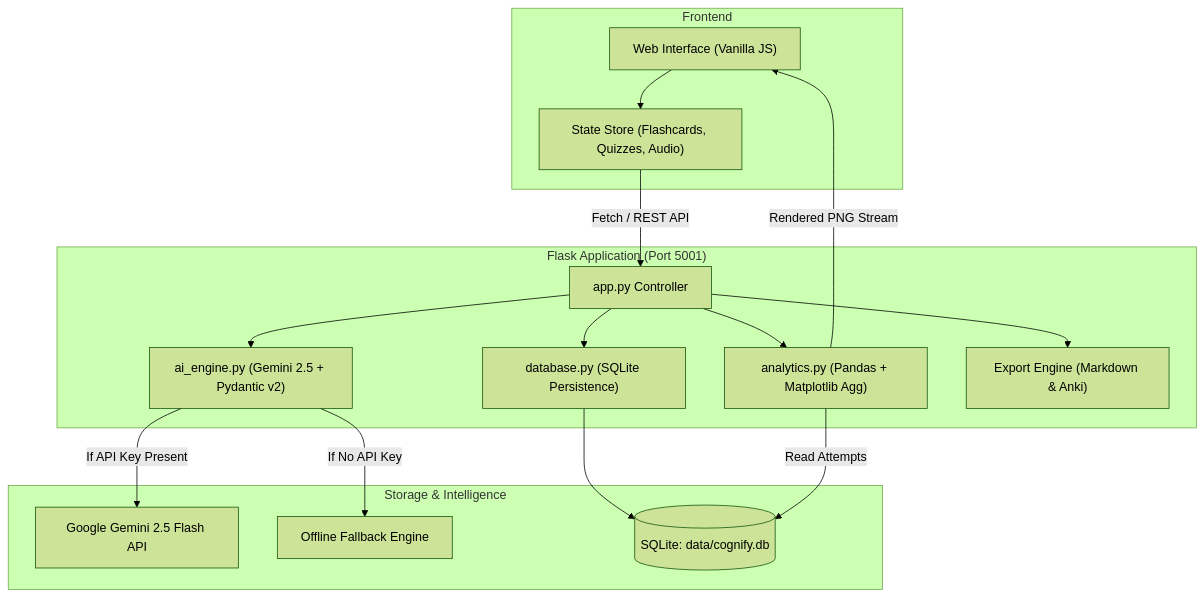
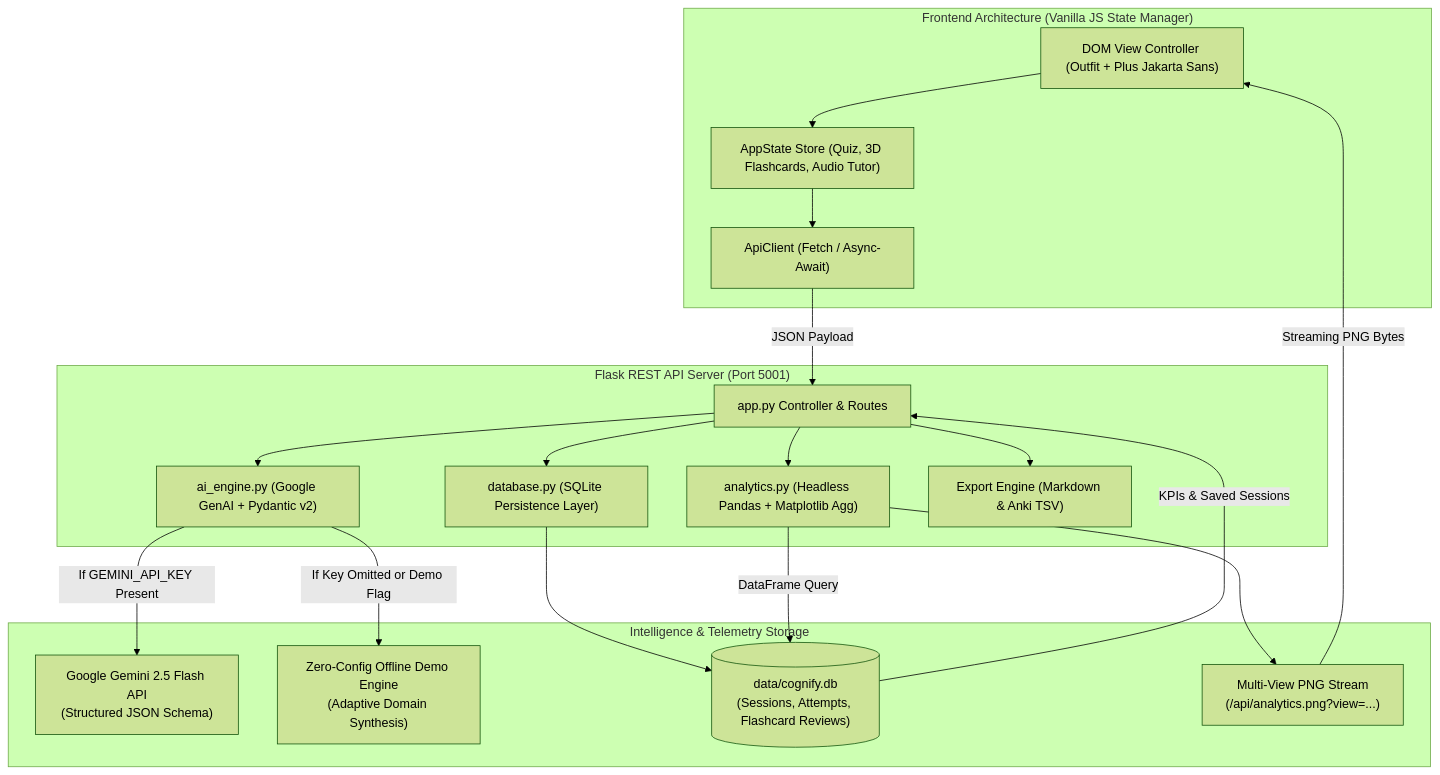
One commit to lalitg13/cognify changed the diagram in README.md. Above: the diagram before and after it, drawn with Mermaid (forest theme). The commit also changed other lines of this file, not shown here.

Commit message:
docs: restore classic structured README format with refined details

````diff
--- a/README.md
+++ b/README.md
@@ -34,35 +29,40 @@
 ```mermaid
 flowchart TD
-    subgraph Client["Frontend"]
-        UI["Web Interface (Vanilla JS)"]
-        State["State Store (Flashcards, Quizzes, Audio)"]
+    subgraph Client["Frontend Architecture (Vanilla JS State Manager)"]
+        UI["DOM View Controller (Outfit + Plus Jakarta Sans)"]
+        State["AppState Store (Quiz, 3D Flashcards, Audio Tutor)"]
+        ClientAPI["ApiClient (Fetch / Async-Await)"]
         UI --> State
+        State --> ClientAPI
     end
 
-    subgraph Server["Flask Application (Port 5001)"]
-        Router["app.py Controller"]
-        AI["ai_engine.py (Gemini 2.5 + Pydantic v2)"]
-        DB["database.py (SQLite Persistence)"]
-        Analytics["analytics.py (Pandas + Matplotlib Agg)"]
-        Export["Export Engine (Markdown & Anki)"]
+    subgraph Server["Flask REST API Server (Port 5001)"]
+        Router["app.py Controller & Routes"]
+        AIEngine["ai_engine.py (Google GenAI + Pydantic v2)"]
+        DB["database.py (SQLite Persistence Layer)"]
+        Telemetry["analytics.py (Headless Pandas + Matplotlib Agg)"]
+        ExportEngine["Export Engine (Markdown & Anki TSV)"]
         
-        Router --> AI
+        ClientAPI -->|JSON Payload| Router
+        Router --> AIEngine
         Router --> DB
-        Router --> Analytics
-        Router --> Export
+        Router --> Telemetry
+        Router --> ExportEngine
     end
 
-    subgraph Data["Storage & Intelligence"]
-        GeminiAPI["Google Gemini 2.5 Flash API"]
-        OfflineEngine["Offline Fallback Engine"]
-        SQLite[("SQLite: data/cognify.db")]
+    subgraph External["Intelligence & Telemetry Storage"]
+        Gemini["Google Gemini 2.5 Flash API\n(Structured JSON Schema)"]
+        MockEngine["Zero-Config Offline Demo Engine\n(Adaptive Domain Synthesis)"]
+        SQLiteDB[("data/cognify.db\n(Sessions, Attempts, Flashcard Reviews)")]
+        ChartGen["Multi-View PNG Stream\n(/api/analytics.png?view=...)"]
         
-        AI -->|If API Key Present| GeminiAPI
-        AI -->|If No API Key| OfflineEngine
-        DB --> SQLite
-        Analytics -->|Read Attempts| SQLite
+        AIEngine -->|If GEMINI_API_KEY Present| Gemini
+        AIEngine -->|If Key Omitted or Demo Flag| MockEngine
+        DB --> SQLiteDB
+        Telemetry -->|DataFrame Query| SQLiteDB
+        Telemetry --> ChartGen
     end
 
-    State -->|Fetch / REST API| Router
-    Analytics -->|Rendered PNG Stream| UI
+    ChartGen -->|Streaming PNG Bytes| UI
+    SQLiteDB -->|KPIs & Saved Sessions| Router
 ```
````
